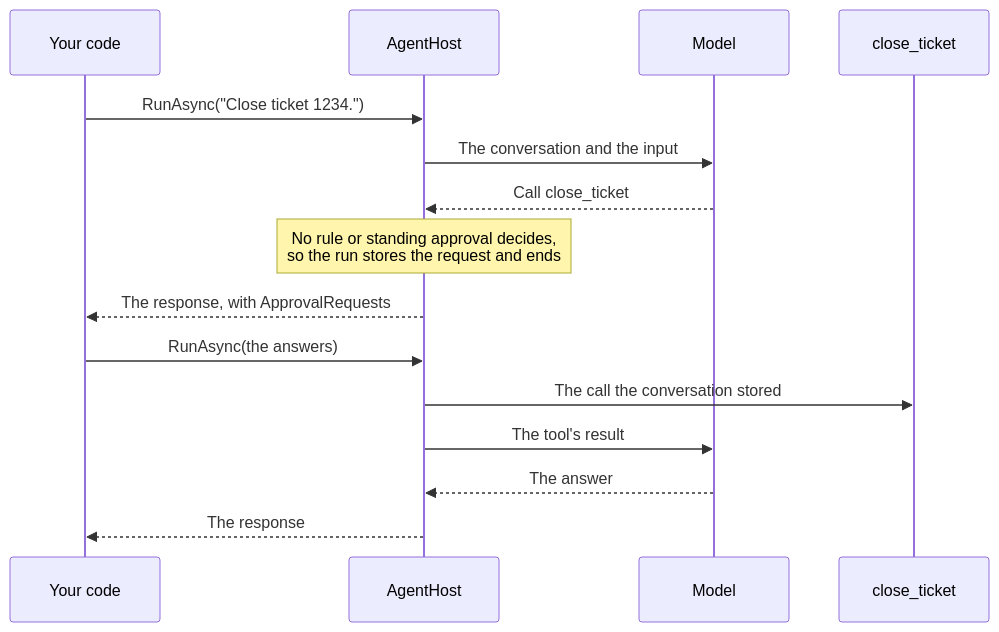
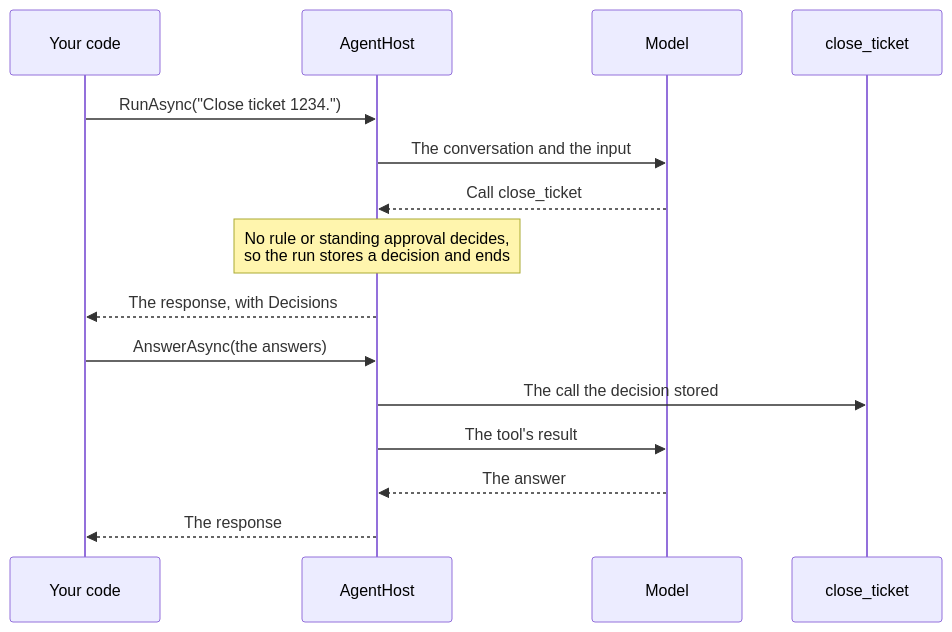
The diagram in docs/guide/tool-approval.md (weboost-at/Typeshift), drawn with Mermaid before and after one commit. The commit also changed other lines of this file and 92 other files, not shown here.

````diff
--- a/docs/guide/tool-approval.md
+++ b/docs/guide/tool-approval.md
@@ -14,17 +14,17 @@
 ```mermaid
 sequenceDiagram
   participant App as Your code
   participant Host as AgentHost
   participant Model
   participant Tool as close_ticket
   App->>Host: RunAsync("Close ticket 1234.")
   Host->>Model: The conversation and the input
   Model-->>Host: Call close_ticket
-  Note over Host: No rule or standing approval decides,<br/>so the run stores the request and ends
-  Host-->>App: The response, with ApprovalRequests
-  App->>Host: RunAsync(the answers)
-  Host->>Tool: The call the conversation stored
+  Note over Host: No rule or standing approval decides,<br/>so the run stores a decision and ends
+  Host-->>App: The response, with Decisions
+  App->>Host: AnswerAsync(the answers)
+  Host->>Tool: The call the decision stored
   Host->>Model: The tool's result
   Model-->>Host: The answer
   Host-->>App: The response
 ```
````
